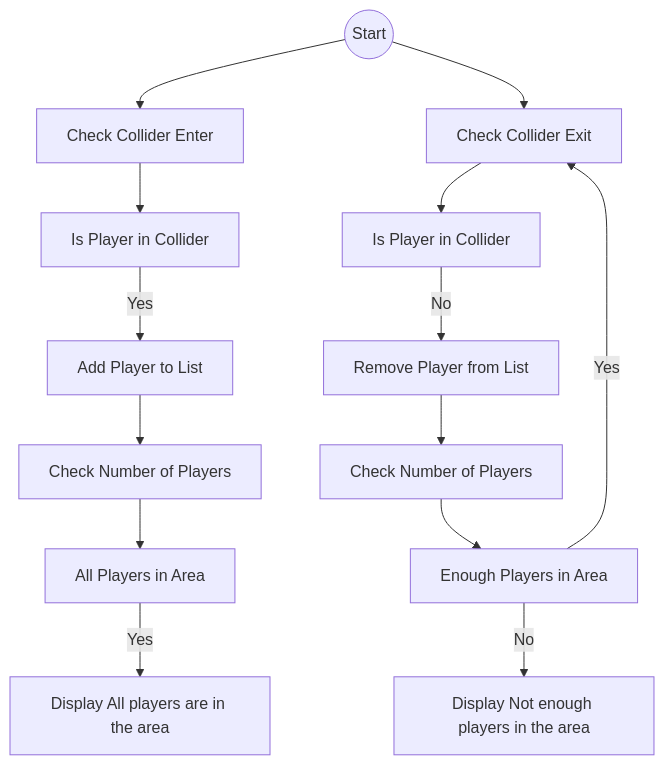
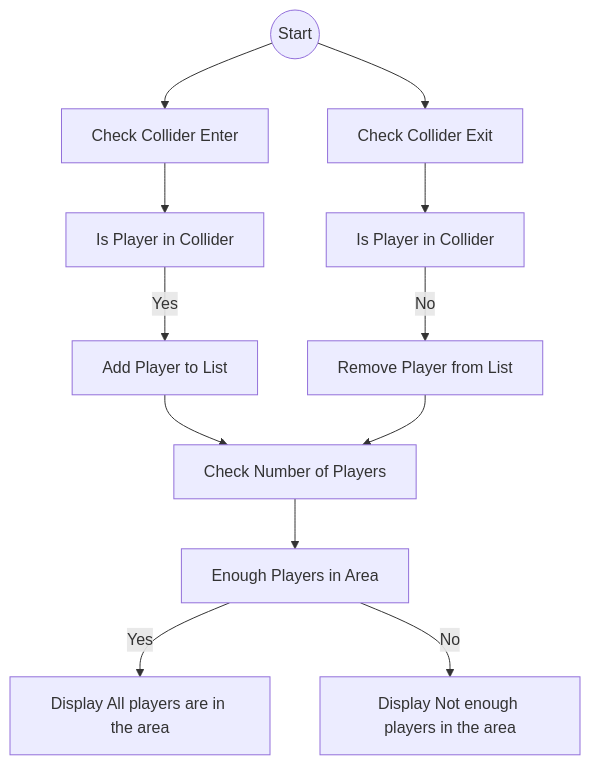
Before and after one commit to PAP0/Linx-Game: the third of 3 diagrams in README.md, drawn with Mermaid.

```diff
--- a/README.md
+++ b/README.md
@@ -104,30 +104,28 @@
 ~~~mermaid
 flowchart TD;
     A((Start))
     B[Check Collider Enter]
     C[Is Player in Collider]
     D[Add Player to List]
-    E[Check Number of Players]
-    F[All Players in Area]
-    G[Display All players are in the area]
-    H[Check Collider Exit]
-    I[Is Player in Collider]
-    J[Remove Player from List]
-    K[Check Number of Players]
-    L[Enough Players in Area]
-    M[Display Not enough players in the area]
+    E[Check Collider Exit]
+    F[Is Player in Collider]
+    G[Remove Player from List]
+    H[Check Number of Players]
+    I[Enough Players in Area]
+    J[Display All players are in the area]
+    K[Display Not enough players in the area]
     
     A --> B
-    A --> H
+    A --> E
     B --> C
     C -- Yes --> D
-    D --> E
+    D --> H
     E --> F
-    F -- Yes --> G
+    F -- No --> G
+    G --> H
     H --> I
-    J --> K
-    K --> L
-    L -- No --> M
-    L -- Yes --> H
-    I -- No --> J
+    I -- Yes --> J
+    I -- No --> K
+   
+    
 ~~~
```
